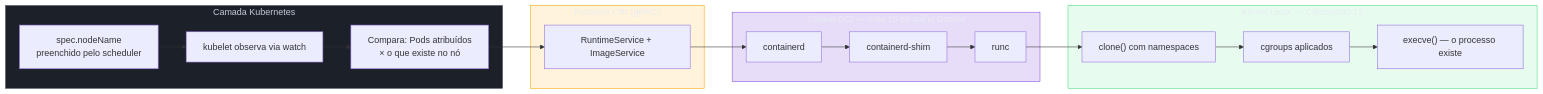
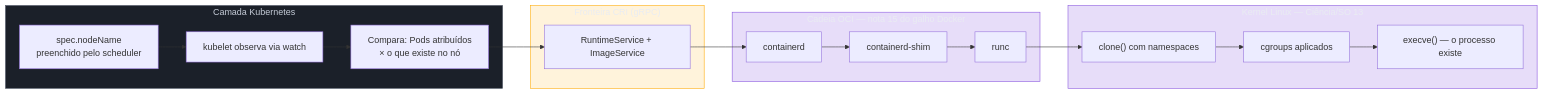
Before and after one commit to josenaldo/codex-technomanticus: the third of 6 diagrams in 03-Dominios/Tecnologia/Infraestrutura/Kubernetes/17 - O kubelet e o nó.md, drawn with Mermaid. The commit also changed other lines of this file and 601 other files, not shown here.

````diff
--- a/03-Dominios/Tecnologia/Infraestrutura/Kubernetes/17 - O kubelet e o nó.md
+++ b/03-Dominios/Tecnologia/Infraestrutura/Kubernetes/17 - O kubelet e o nó.md
@@ -112,29 +112,28 @@
 ```mermaid
 flowchart LR
     classDef neutro fill:#1B2029,stroke:#4E5666,color:#C6CCD8
     classDef destaque fill:#FFAA0024,stroke:#FFAA00,color:#E9ECF2
     classDef marca fill:#8855DF33,stroke:#8855DF,color:#E9ECF2
-    classDef ok fill:#4ADE8021,stroke:#4ADE80,color:#E9ECF2
     subgraph K8S["Camada Kubernetes"]
         SN["spec.nodeName<br/>preenchido pelo scheduler"] --> KL["kubelet observa via watch"]
         KL --> DEC["Compara: Pods atribuídos<br/>× o que existe no nó"]
     end
     subgraph CRI_L["Fronteira CRI (gRPC)"]
         DEC --> CRI["RuntimeService + ImageService"]
     end
     subgraph OCI_L["Cadeia OCI — nota 15 do galho Docker"]
         CRI --> CD["containerd"]
         CD --> SH["containerd-shim"]
         SH --> RC["runc"]
     end
     subgraph KERNEL["Kernel Linux — Ciência/SO 13"]
         RC --> NS["clone() com namespaces"]
         NS --> CG["cgroups aplicados"]
         CG --> EXEC["execve() — o processo existe"]
     end
 
     class K8S neutro
     class CRI_L destaque
     class OCI_L marca
-    class KERNEL ok
+    class KERNEL marca
 ```
````
